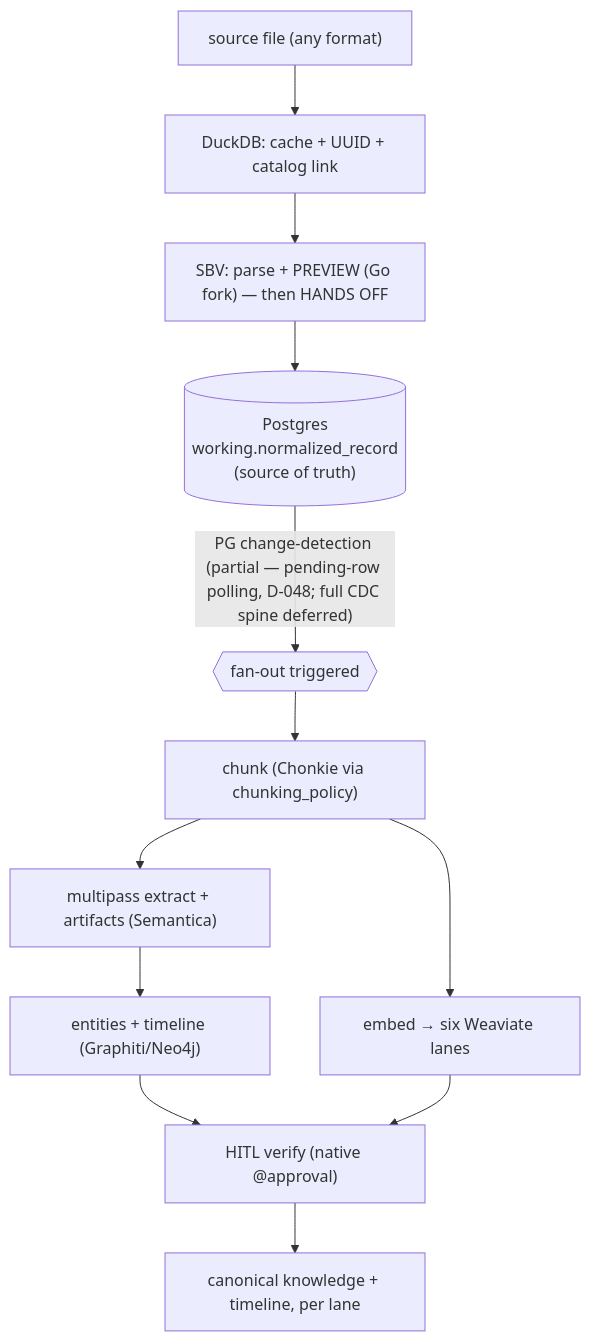
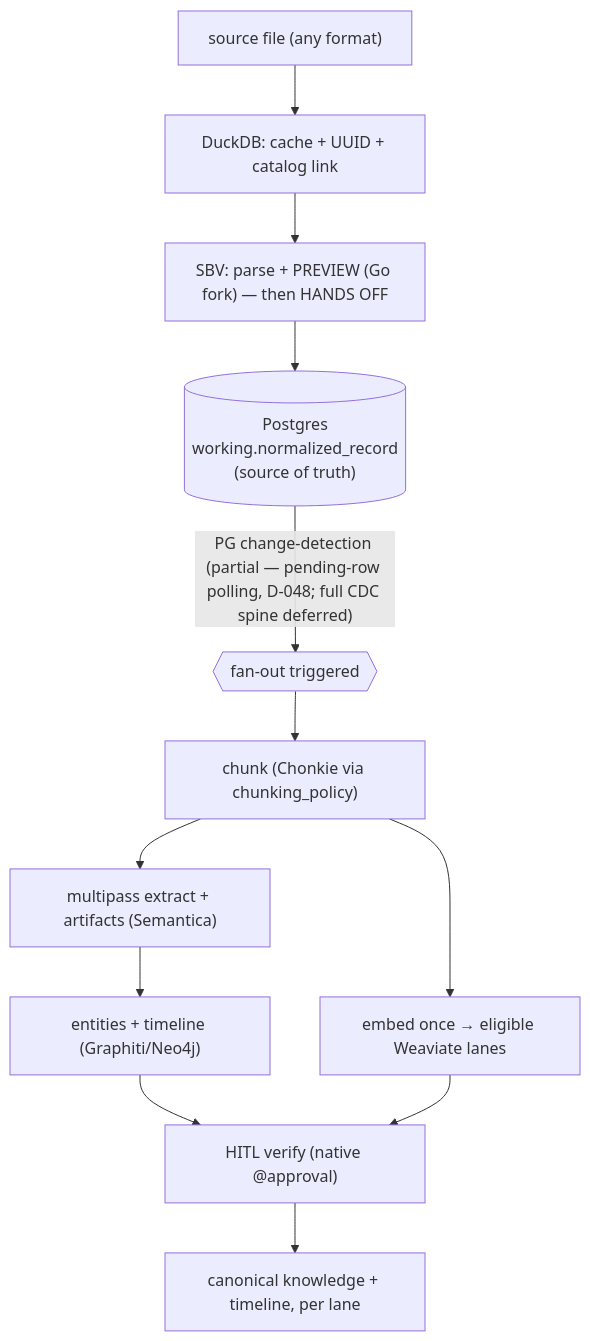
Before and after one commit to Cursedpotential/mcp-platform-agno-mvp: the second of 4 diagrams in docs/blueprint/architecture.md, drawn with Mermaid. The commit also changed other lines of this file and 48 other files, not shown here.

````diff
--- a/docs/blueprint/architecture.md
+++ b/docs/blueprint/architecture.md
@@ -43,17 +44,17 @@
 ```mermaid
 flowchart TB
     F["source file (any format)"] --> DD["DuckDB: cache + UUID + catalog link"]
     DD --> SBV["SBV: parse + PREVIEW (Go fork) — then HANDS OFF"]
     SBV --> PG[("Postgres<br/>working.normalized_record<br/>(source of truth)")]
     %% Updated 2026-08-12 (D-048): partially built — the context lane's change-detection-SHAPED
     %% consumer (`ingest.context-drain`, pending-row polling) exists; the full trigger/outbox/
     %% cursor CDC spine stays DEFERRED (ADR-0051 invariant 4; spine design = ADR-0052, queued)
     PG -->|"PG change-detection (partial — pending-row polling, D-048; full CDC spine deferred)"| FAN{{"fan-out triggered"}}
     FAN --> CH["chunk (Chonkie via chunking_policy)"]
     CH --> EX["multipass extract + artifacts (Semantica)"]
     EX --> EN["entities + timeline (Graphiti/Neo4j)"]
-    CH --> WV["embed → six Weaviate lanes"]
+    CH --> WV["embed once → eligible Weaviate lanes"]
     EN --> HITL["HITL verify (native @approval)"]
     WV --> HITL
     HITL --> CANON["canonical knowledge + timeline, per lane"]
 ```
````
